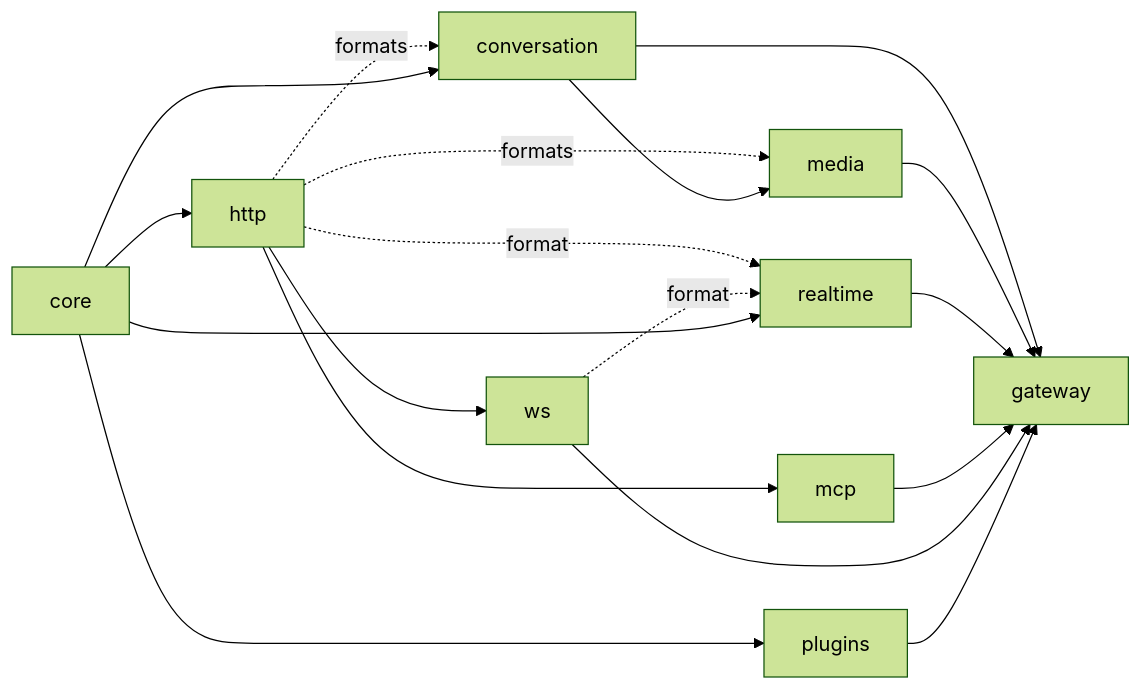
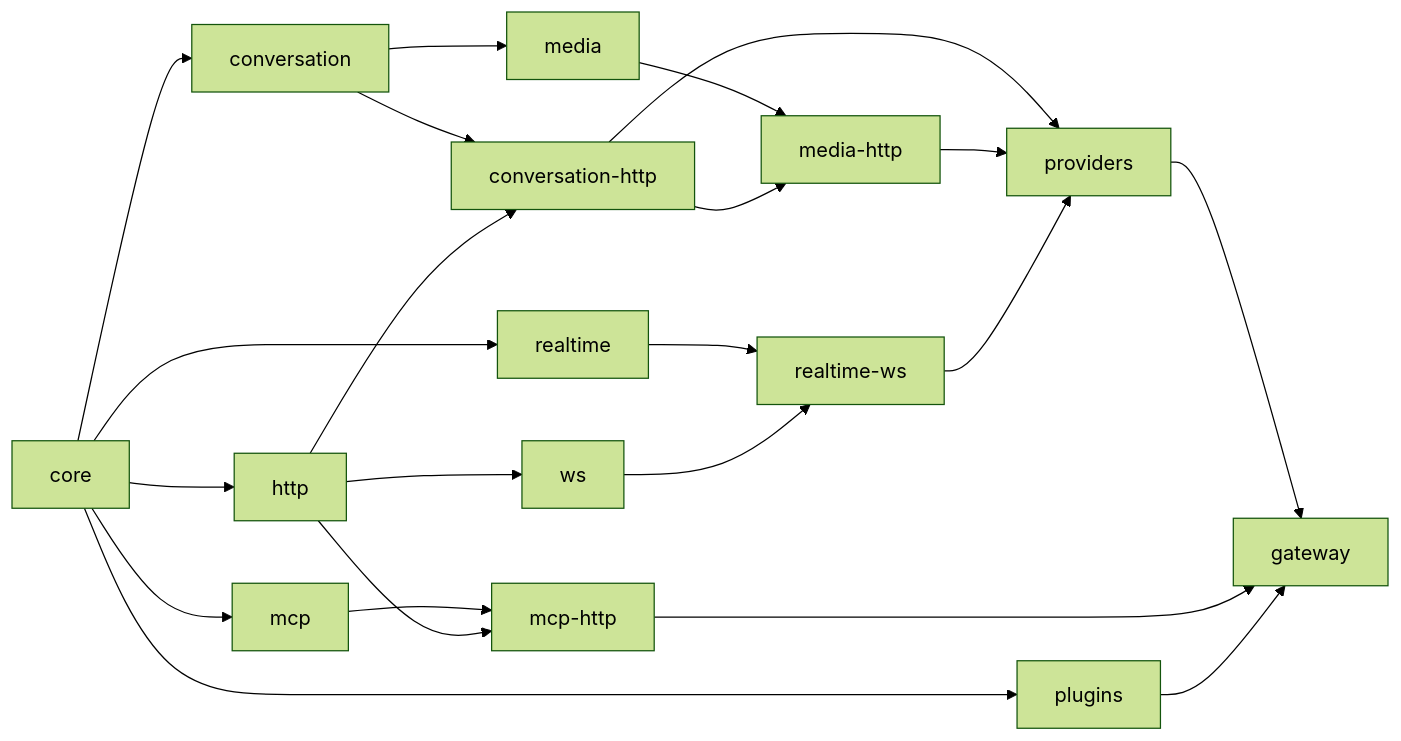
One commit to Davidson3556/respan-gateway changed the diagram in docs/ARCHITECTURE.md. Above: the diagram before and after it, drawn with Mermaid (forest theme). The commit also changed other lines of this file and 212 other files, not shown here.

````diff
--- a/docs/ARCHITECTURE.md
+++ b/docs/ARCHITECTURE.md
@@ -40,20 +60,24 @@
 ```mermaid
 flowchart LR
     core --> http
     core --> plugins
-    http --> ws
-    http -. formats .-> conversation
-    http -. formats .-> media
-    http -. format .-> realtime
-    ws -. format .-> realtime
-    http --> mcp
     core --> conversation
     core --> realtime
+    core --> mcp
     conversation --> media
-    conversation --> gateway
-    media --> gateway
-    realtime --> gateway
-    mcp --> gateway
-    ws --> gateway
+    http --> ws
+    conversation --> conversation-http
+    http --> conversation-http
+    media --> media-http
+    conversation-http --> media-http
+    realtime --> realtime-ws
+    ws --> realtime-ws
+    mcp --> mcp-http
+    http --> mcp-http
+    conversation-http --> providers
+    media-http --> providers
+    realtime-ws --> providers
+    providers --> gateway
+    mcp-http --> gateway
     plugins --> gateway
 ```
````
